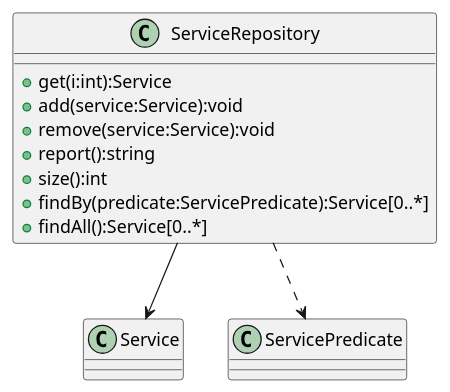
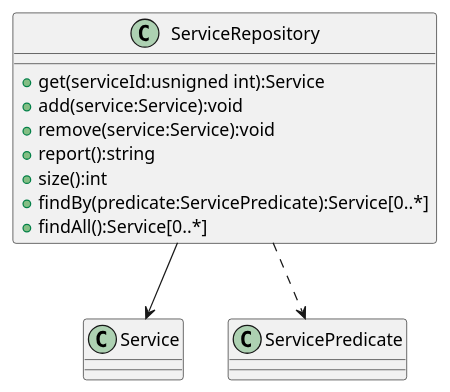
The diagram in uml/repositories/serviceRepository.puml (Azex784/MedicalClinic), drawn with PlantUML before and after one commit. The commit also changed 20 other files, not shown here.

Commit message:
Refaktoryzacja diagramu, by bardziej odzwierciedlała centrum rehabilitacji

```diff
--- a/uml/repositories/serviceRepository.puml
+++ b/uml/repositories/serviceRepository.puml
@@ -1,16 +1,16 @@
 @startuml
 
 class ServiceRepository{
-+get(i:int):Service
++get(serviceId:usnigned int):Service
 +add(service:Service):void
 +remove(service:Service):void
 +report():string
 +size():int
 +findBy(predicate:ServicePredicate):Service[0..*]
 +findAll():Service[0..*]
 }
 
 ServiceRepository --> Service
 ServiceRepository ..> ServicePredicate
 
 @enduml
```
